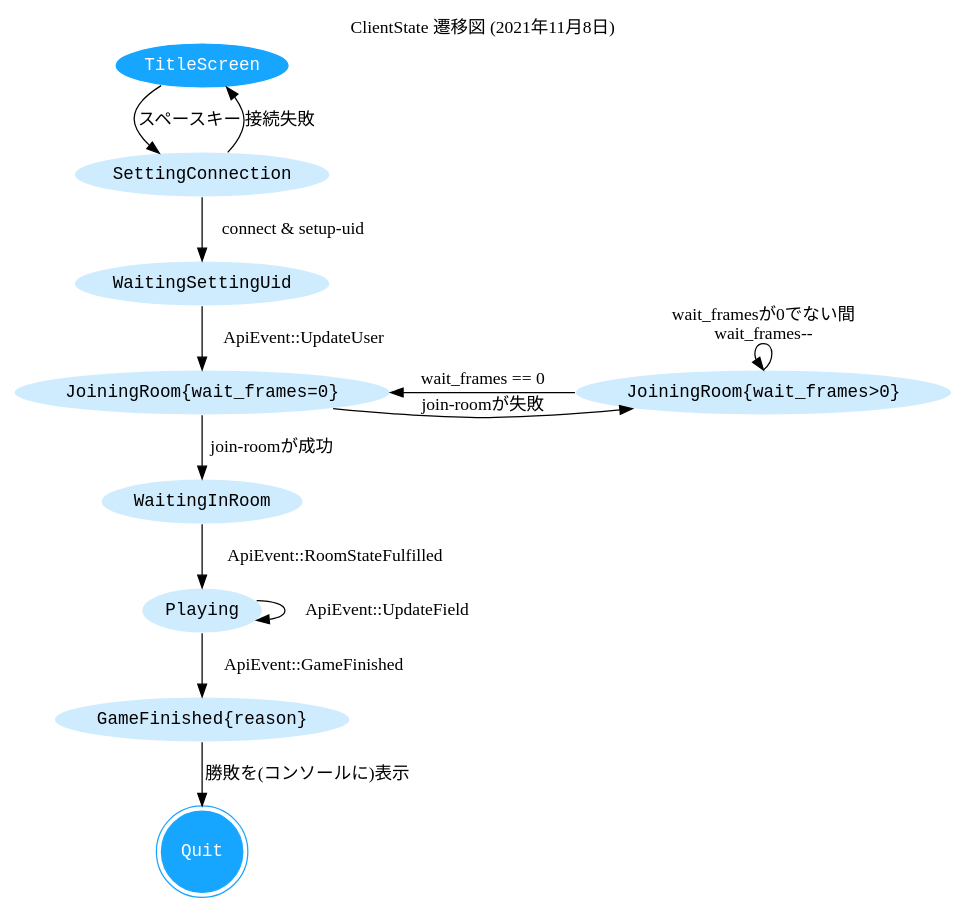
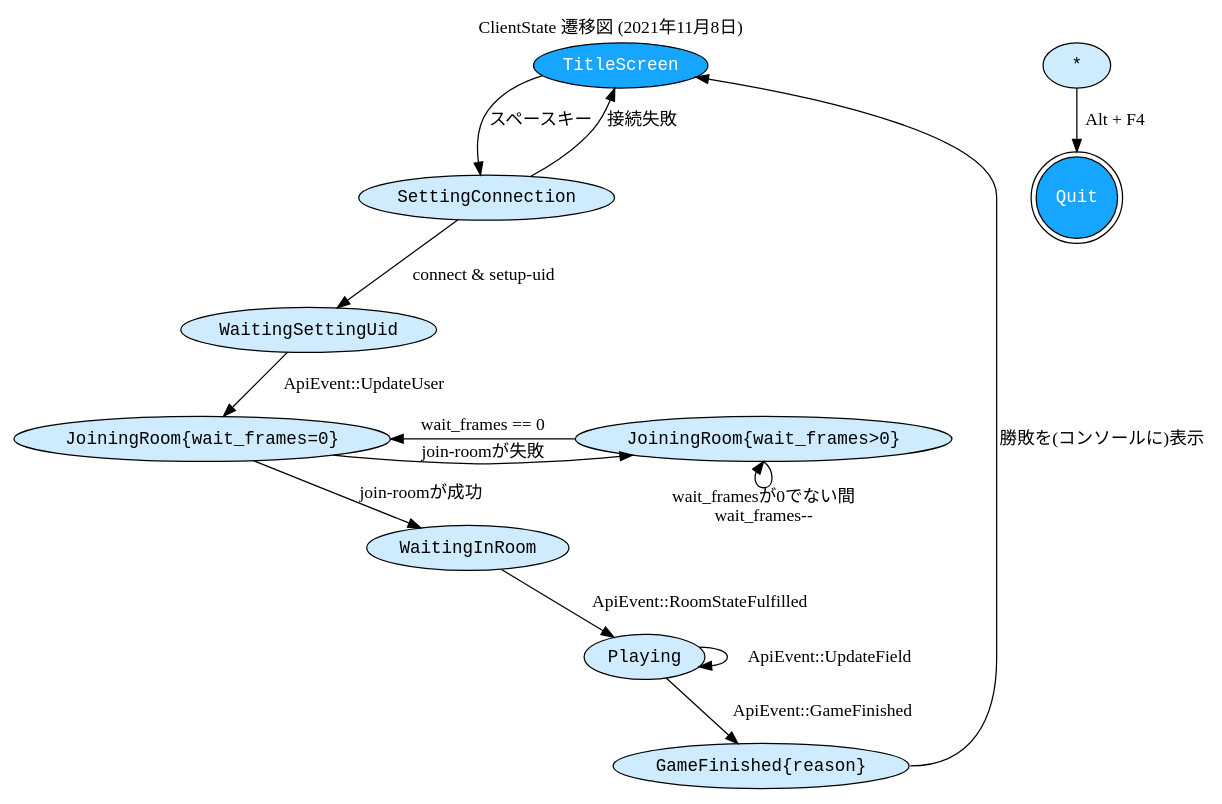
One commit to kcs1959/BlockingIO-client changed the diagram in doc/ClientState.dot. Above: the diagram before and after it, drawn with Graphviz. The commit also changed 2 other files, not shown here.

```diff
--- a/doc/ClientState.dot
+++ b/doc/ClientState.dot
@@ -1,87 +1,92 @@
 digraph ClientState {
   graph [
     charset = "UTF-8"
-    label = "ClientState 遷移図 (2021年11月8日)"
-    labelloc = t
-    labeljust = c
-    rankdir = TB
-    layout = dot
   ];
+  label = "ClientState 遷移図 (2021年11月8日)"
+  labelloc = t
+  labeljust = c
+  rankdir = TB
+  layout = dot
+  
   node [
     fontname = "HackGen, Consolas, monospace"
     shape = ellipse
     style = filled
     fillcolor = "#cfecff"
-    color = white
   ];
   edge [];
 
   TitleScreen [
     fontcolor = white
     fillcolor = "#17a6ff" 
   ];
   SettingConnection;
   WaitingSettingUid;
   JoiningRoom0 [ label = "JoiningRoom{wait_frames=0}" ];
   JoiningRoomN [ label = "JoiningRoom{wait_frames>0}" ];
   {rank = same; JoiningRoom0; JoiningRoomN;}
   WaitingInRoom;
   Playing;
   GameFinished [ label = "GameFinished{reason}" ];
   Quit [ 
     shape=doublecircle
     fontcolor = white
-    color = "#17a6ff"
     fillcolor = "#17a6ff"  
   ];
-
+  any [ label = "*" ];
 
 
   TitleScreen -> SettingConnection [
     label = "スペースキー"
   ];
 
   SettingConnection -> TitleScreen [
     label = "接続失敗"
   ];
 
   SettingConnection -> WaitingSettingUid [
     label = "connect & setup-uid"
   ];
 
   WaitingSettingUid -> JoiningRoom0 [
     label = "ApiEvent::UpdateUser"
   ];
 
   JoiningRoom0 -> WaitingInRoom [
     label = "join-roomが成功"
   ];
 
   JoiningRoom0 -> JoiningRoomN [
     label = "join-roomが失敗"
   ];
 
-  JoiningRoomN:n -> JoiningRoomN:n [
-    label = "wait_framesが0でない間\nwait_frames--"
+  JoiningRoomN -> JoiningRoom0 [
+    label="wait_frames == 0"
   ];
 
-  JoiningRoomN -> JoiningRoom0[
-    label="wait_frames == 0"
+  JoiningRoomN:s -> JoiningRoomN:s [
+    label = "wait_framesが0でない間\nwait_frames--"
   ];
 
   WaitingInRoom -> Playing [
     label = "ApiEvent::RoomStateFulfilled"
   ];
 
   Playing -> Playing [
     label = "ApiEvent::UpdateField"
   ];
 
   Playing -> GameFinished [
     label = "ApiEvent::GameFinished"
   ];
 
-  GameFinished -> Quit [
+  GameFinished:e -> TitleScreen [
     label = "勝敗を(コンソールに)表示"
   ];
+
+
+
+  any -> Quit [
+    label = "Alt + F4"
+  ];
 }
```
